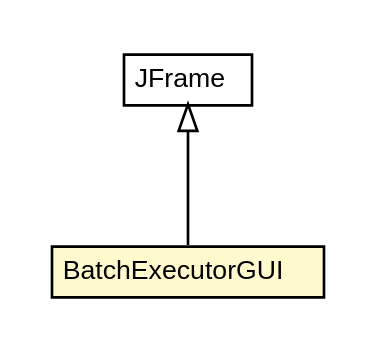
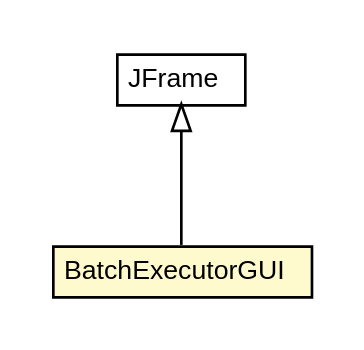
Before and after one commit to osmdroid/osmdroid: the diagram in javadocs/OSMMapTilePackager/org/osmdroid/mtp/ui/BatchExecutorGUI.dot, drawn with Graphviz. The commit also changed 3996 other files, not shown here.

```diff
--- a/javadocs/OSMMapTilePackager/org/osmdroid/mtp/ui/BatchExecutorGUI.dot
+++ b/javadocs/OSMMapTilePackager/org/osmdroid/mtp/ui/BatchExecutorGUI.dot
@@ -1,26 +1,26 @@
 #!/usr/local/bin/dot
 #
 # Class diagram 
 # Generated by UMLGraph version R5_6-24-gf6e263 (http://www.umlgraph.org/)
 #
 
 digraph G {
-	edge [fontname="Helvetica",fontsize=10,labelfontname="Helvetica",labelfontsize=10];
-	node [fontname="Helvetica",fontsize=10,shape=plaintext];
+	edge [fontname="arial",fontsize=10,labelfontname="arial",labelfontsize=10];
+	node [fontname="arial",fontsize=10,shape=plaintext];
 	nodesep=0.25;
 	ranksep=0.5;
 	// org.osmdroid.mtp.ui.BatchExecutorGUI
 	c108 [label=<<table title="org.osmdroid.mtp.ui.BatchExecutorGUI" border="0" cellborder="1" cellspacing="0" cellpadding="2" port="p" bgcolor="lemonChiffon" href="./BatchExecutorGUI.html">
 		<tr><td><table border="0" cellspacing="0" cellpadding="1">
 <tr><td align="center" balign="center"> BatchExecutorGUI </td></tr>
 		</table></td></tr>
-		</table>>, URL="./BatchExecutorGUI.html", fontname="Helvetica", fontcolor="black", fontsize=10.0];
+		</table>>, URL="./BatchExecutorGUI.html", fontname="arial", fontcolor="black", fontsize=10.0];
 	//org.osmdroid.mtp.ui.BatchExecutorGUI extends javax.swing.JFrame
 	c133:p -> c108:p [dir=back,arrowtail=empty];
 	// javax.swing.JFrame
 	c133 [label=<<table title="javax.swing.JFrame" border="0" cellborder="1" cellspacing="0" cellpadding="2" port="p" href="http://java.sun.com/j2se/1.4.2/docs/api/javax/swing/JFrame.html">
 		<tr><td><table border="0" cellspacing="0" cellpadding="1">
 <tr><td align="center" balign="center"> JFrame </td></tr>
 		</table></td></tr>
-		</table>>, URL="http://java.sun.com/j2se/1.4.2/docs/api/javax/swing/JFrame.html", fontname="Helvetica", fontcolor="black", fontsize=10.0];
+		</table>>, URL="http://java.sun.com/j2se/1.4.2/docs/api/javax/swing/JFrame.html", fontname="arial", fontcolor="black", fontsize=10.0];
 }
```
